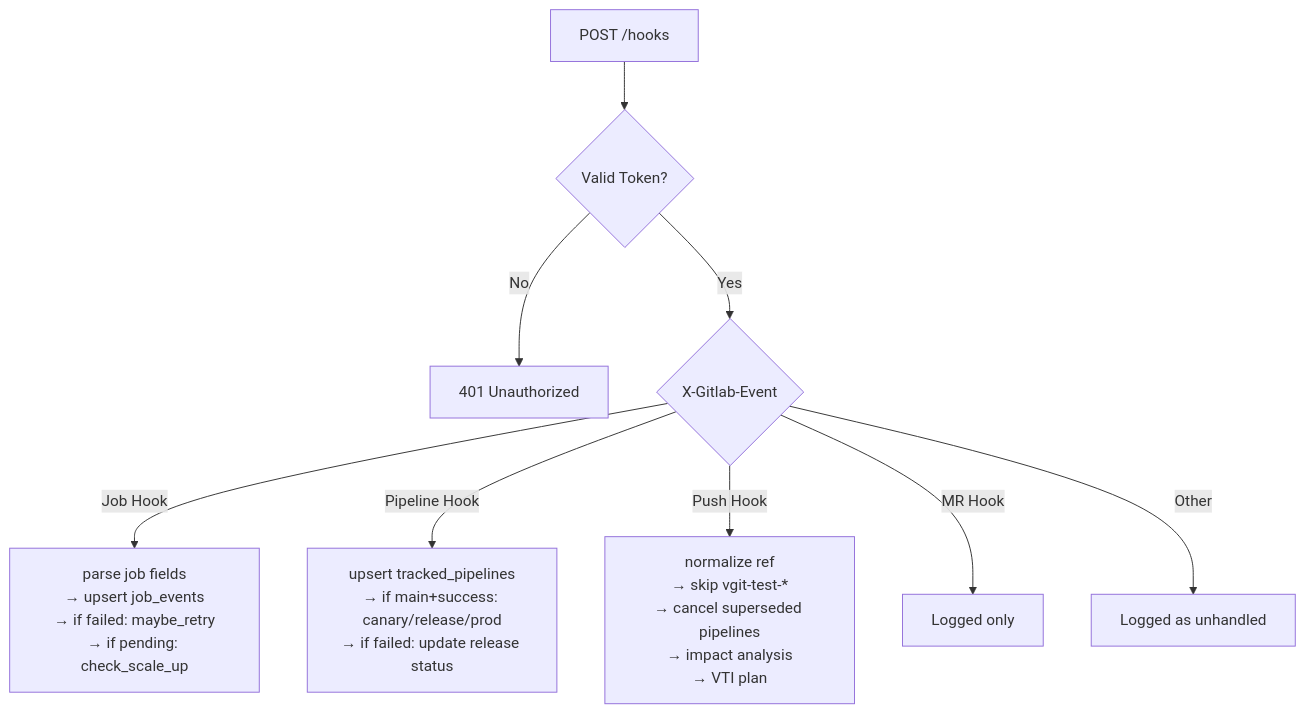
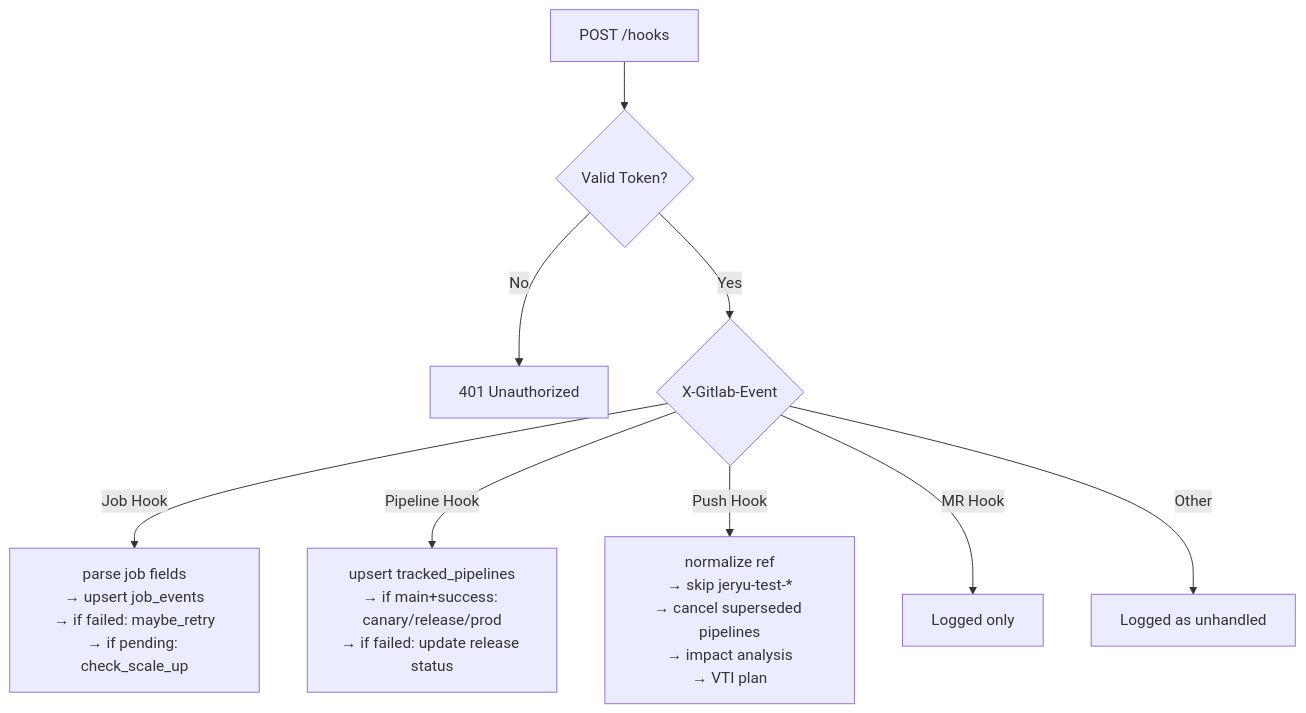
The third of 7 diagrams in docs/ARCHITECTURE.md (jeppsontaylor/JeRyu), drawn with Mermaid before and after one commit. The commit also changed other lines of this file and 224 other files, not shown here.

Commit message:
feat: complete JeRyu transition and architecture updates

````diff
--- a/docs/ARCHITECTURE.md
+++ b/docs/ARCHITECTURE.md
@@ -306,12 +316,12 @@
 ```mermaid
 flowchart TD
     Webhook["POST /hooks"] --> Auth{Valid Token?}
     Auth -->|No| Reject["401 Unauthorized"]
     Auth -->|Yes| EventType{X-Gitlab-Event}
 
     EventType -->|Job Hook| JobFlow["parse job fields<br/>→ upsert job_events<br/>→ if failed: maybe_retry<br/>→ if pending: check_scale_up"]
     EventType -->|Pipeline Hook| PipeFlow["upsert tracked_pipelines<br/>→ if main+success: canary/release/prod<br/>→ if failed: update release status"]
-    EventType -->|Push Hook| PushFlow["normalize ref<br/>→ skip vgit-test-*<br/>→ cancel superseded pipelines<br/>→ impact analysis<br/>→ VTI plan"]
+    EventType -->|Push Hook| PushFlow["normalize ref<br/>→ skip jeryu-test-*<br/>→ cancel superseded pipelines<br/>→ impact analysis<br/>→ VTI plan"]
     EventType -->|MR Hook| LogOnly["Logged only"]
     EventType -->|Other| LogUnhandled["Logged as unhandled"]
 ```
````
